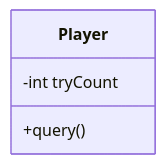
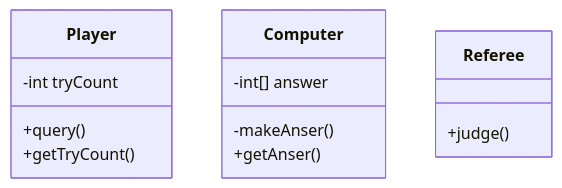
One commit to woowacourse-precourse/java-baseball-6 changed the diagram in docs/README.md. Above: the diagram before and after it, drawn with Mermaid. The commit also changed other lines of this file and 2 other files, not shown here.

Commit message:
docs : Added feature 2,3

````diff
--- a/docs/README.md
+++ b/docs/README.md
@@ -9,7 +11,16 @@
 ```mermaid
 classDiagram
-      class Player{
-          -int tryCount
-          +query()
-      }
+    class Player{
+        -int tryCount
+        +query()
+        +getTryCount()
+    }
+    class Computer{
+        -int[] answer
+        -makeAnser()
+        +getAnser()
+    }
+    class Referee {
+        +judge()    
+    }
 ```
````
